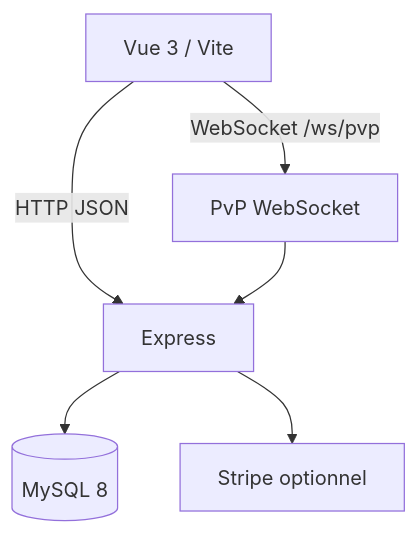
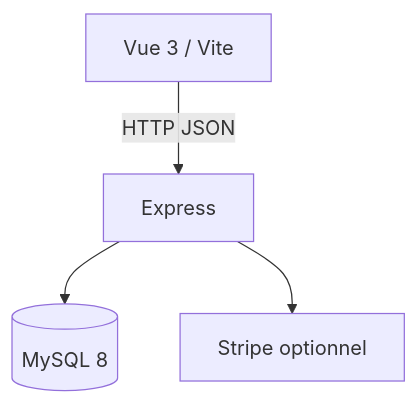
Before and after one commit to HozSensei/KageLegacy: the diagram in docs/ARCHITECTURE.md, drawn with Mermaid. The commit also changed other lines of this file and 19 other files, not shown here.

````diff
--- a/docs/ARCHITECTURE.md
+++ b/docs/ARCHITECTURE.md
@@ -5,8 +5,6 @@
 ```mermaid
 graph TD
   Browser[Vue 3 / Vite] -->|HTTP JSON| API[Express]
-  Browser -->|WebSocket /ws/pvp| WS[PvP WebSocket]
   API --> DB[(MySQL 8)]
-  WS --> API
   API --> Stripe[Stripe optionnel]
 ```
````
